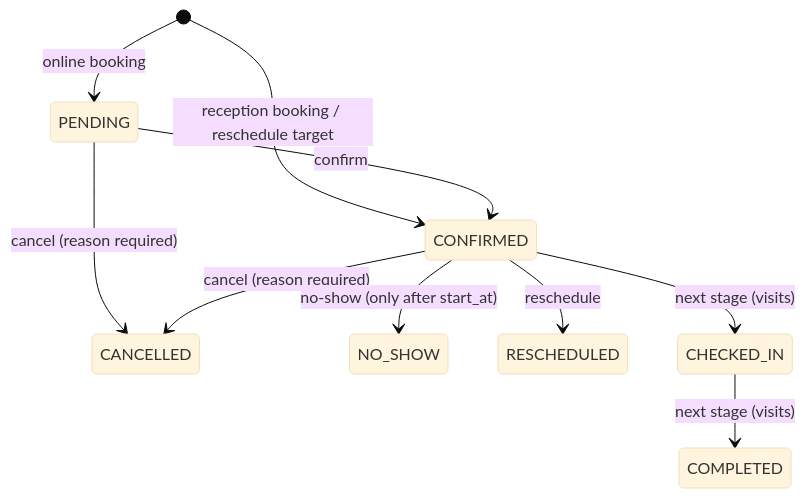
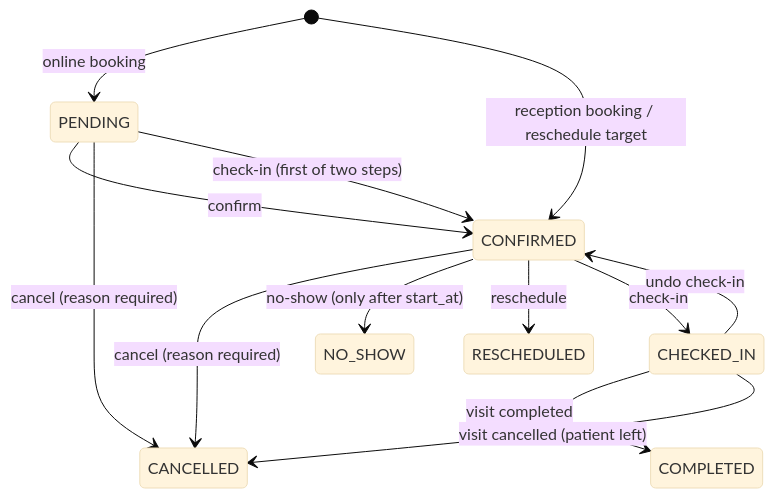
The first of 2 diagrams in backend/README.md (Abdulrhman-Gawish/rehab-clinic), drawn with Mermaid (base theme) before and after one commit. The commit also changed other lines of this file and 29 other files, not shown here.

First line of the commit message:
Add visits: check-in, walk-ins, queue and doctor sessions (Stage 5)

````diff
--- a/backend/README.md
+++ b/backend/README.md
@@ -246,12 +257,15 @@
 ```mermaid
 stateDiagram-v2
     [*] --> PENDING: online booking
     [*] --> CONFIRMED: reception booking / reschedule target
     PENDING --> CONFIRMED: confirm
     PENDING --> CANCELLED: cancel (reason required)
     CONFIRMED --> CANCELLED: cancel (reason required)
     CONFIRMED --> NO_SHOW: no-show (only after start_at)
     CONFIRMED --> RESCHEDULED: reschedule
-    CONFIRMED --> CHECKED_IN: next stage (visits)
-    CHECKED_IN --> COMPLETED: next stage (visits)
+    PENDING --> CONFIRMED: check-in (first of two steps)
+    CONFIRMED --> CHECKED_IN: check-in
+    CHECKED_IN --> COMPLETED: visit completed
+    CHECKED_IN --> CONFIRMED: undo check-in
+    CHECKED_IN --> CANCELLED: visit cancelled (patient left)
 ```
````
